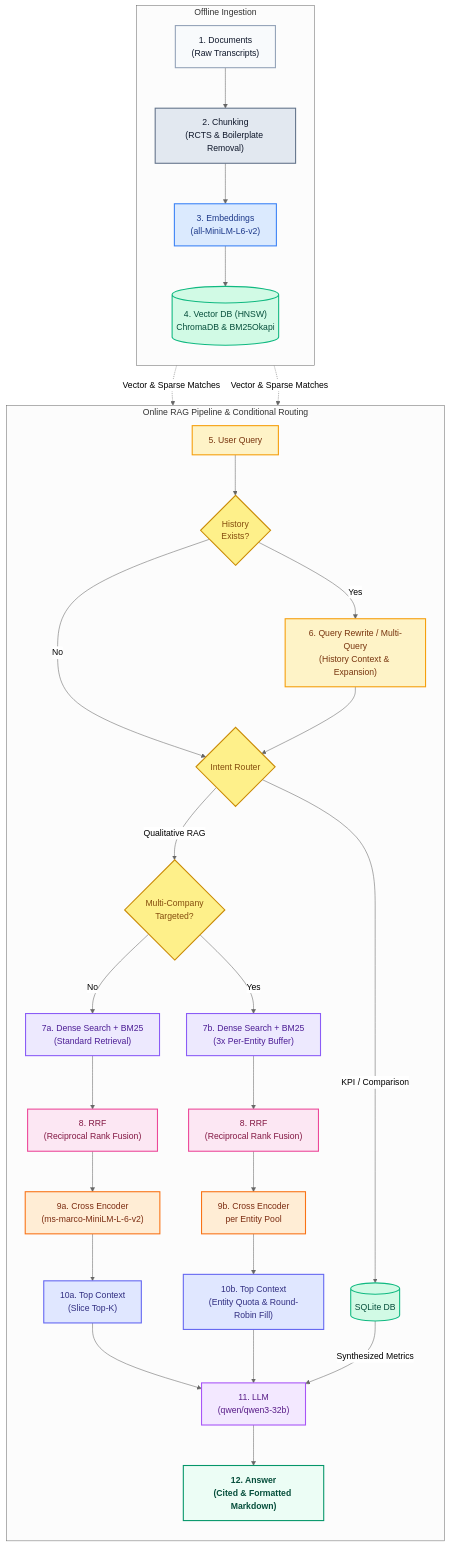
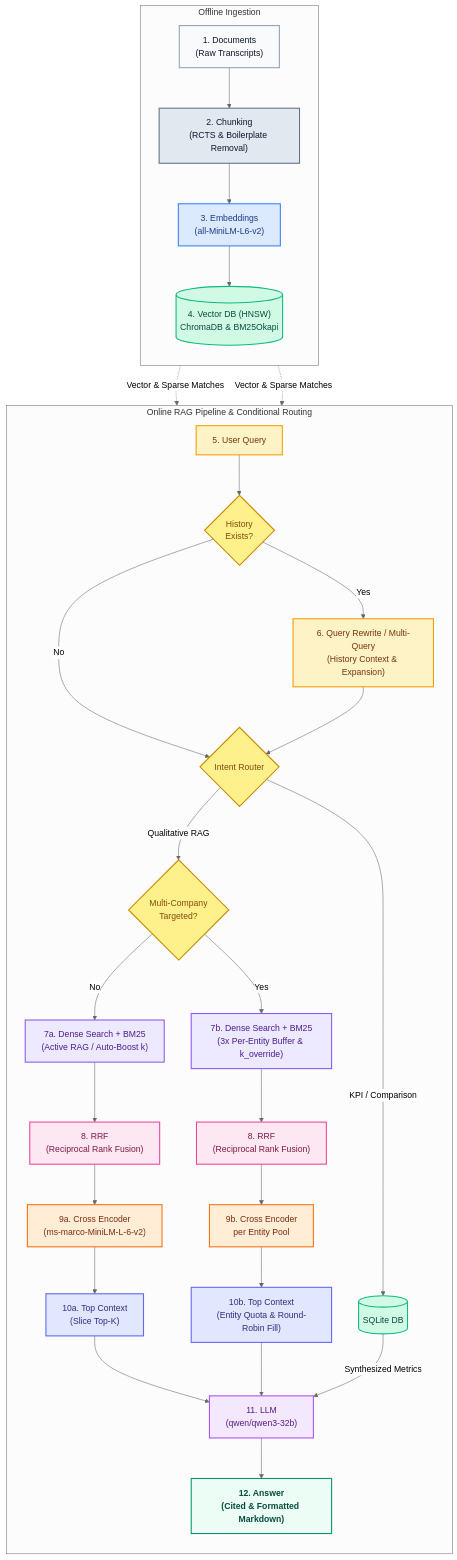
One commit to VedantKarne/AURA-Financial-Intelligence changed the diagram in docs/detailed_rag_architecture.md. Above: the diagram before and after it, drawn with Mermaid (neutral theme). The commit also changed 1 other file, not shown here.

Commit message:
docs: Update mermaid diagrams for Active RAG and Loophole Fixes

````diff
--- a/docs/detailed_rag_architecture.md
+++ b/docs/detailed_rag_architecture.md
@@ -13,55 +13,55 @@
 ```mermaid
 flowchart TD
     classDef doc fill:#f8fafc,stroke:#94a3b8,stroke-width:2px,color:#0f172a
     classDef chunk fill:#e2e8f0,stroke:#64748b,stroke-width:2px,color:#0f172a
     classDef embed fill:#dbeafe,stroke:#3b82f6,stroke-width:2px,color:#1e3a8a
     classDef db fill:#d1fae5,stroke:#10b981,stroke-width:2px,color:#064e3b
     classDef query fill:#fef3c7,stroke:#f59e0b,stroke-width:2px,color:#78350f
     classDef search fill:#ede9fe,stroke:#8b5cf6,stroke-width:2px,color:#4c1d95
     classDef rrf fill:#fce7f3,stroke:#ec4899,stroke-width:2px,color:#831843
     classDef rerank fill:#ffedd5,stroke:#f97316,stroke-width:2px,color:#7c2d12
     classDef context fill:#e0e7ff,stroke:#6366f1,stroke-width:2px,color:#312e81
     classDef llm fill:#f3e8ff,stroke:#a855f7,stroke-width:2px,color:#581c87
     classDef answer fill:#ecfdf5,stroke:#059669,stroke-width:2px,color:#064e3b,font-weight:bold
 
     classDef decision fill:#fef08a,stroke:#ca8a04,stroke-width:2px,color:#854d0e
 
     subgraph Offline_Ingestion ["Offline Ingestion"]
         direction TB
         A["1. Documents<br/>(Raw Transcripts)"]:::doc --> B["2. Chunking<br/>(RCTS & Boilerplate Removal)"]:::chunk
         B --> C["3. Embeddings<br/>(all-MiniLM-L6-v2)"]:::embed
         C --> D[("4. Vector DB (HNSW)<br/>ChromaDB & BM25Okapi")]:::db
     end
 
     subgraph Online_RAG_Pipeline ["Online RAG Pipeline & Conditional Routing"]
         direction TB
         Q["5. User Query"]:::query --> RCheck{"History<br/>Exists?"}:::decision
         RCheck -->|"Yes"| R["6. Query Rewrite / Multi-Query<br/>(History Context & Expansion)"]:::query
         RCheck -->|"No"| Route{"Intent Router"}:::decision
         R --> Route
         
         Route -->|"KPI / Comparison"| SQL[("SQLite DB")]:::db
         Route -->|"Qualitative RAG"| MCheck{"Multi-Company<br/>Targeted?"}:::decision
         
-        MCheck -->|"No"| S1["7a. Dense Search + BM25<br/>(Standard Retrieval)"]:::search
-        MCheck -->|"Yes"| S2["7b. Dense Search + BM25<br/>(3x Per-Entity Buffer)"]:::search
+        MCheck -->|"No"| S1["7a. Dense Search + BM25<br/>(Active RAG / Auto-Boost k)"]:::search
+        MCheck -->|"Yes"| S2["7b. Dense Search + BM25<br/>(3x Per-Entity Buffer & k_override)"]:::search
         
         D -.->|"Vector & Sparse Matches"| S1
         D -.->|"Vector & Sparse Matches"| S2
         
         S1 --> T1["8. RRF<br/>(Reciprocal Rank Fusion)"]:::rrf
         S2 --> T2["8. RRF<br/>(Reciprocal Rank Fusion)"]:::rrf
         
         T1 --> U1["9a. Cross Encoder<br/>(ms-marco-MiniLM-L-6-v2)"]:::rerank
         T2 --> U2["9b. Cross Encoder<br/>per Entity Pool"]:::rerank
         
         U1 --> V1["10a. Top Context<br/>(Slice Top-K)"]:::context
         U2 --> V2["10b. Top Context<br/>(Entity Quota & Round-Robin Fill)"]:::context
         
         V1 --> W["11. LLM<br/>(qwen/qwen3-32b)"]:::llm
         V2 --> W
         SQL -->|"Synthesized Metrics"| W
         
         W --> X["12. Answer<br/>(Cited & Formatted Markdown)"]:::answer
     end
 ```
````
